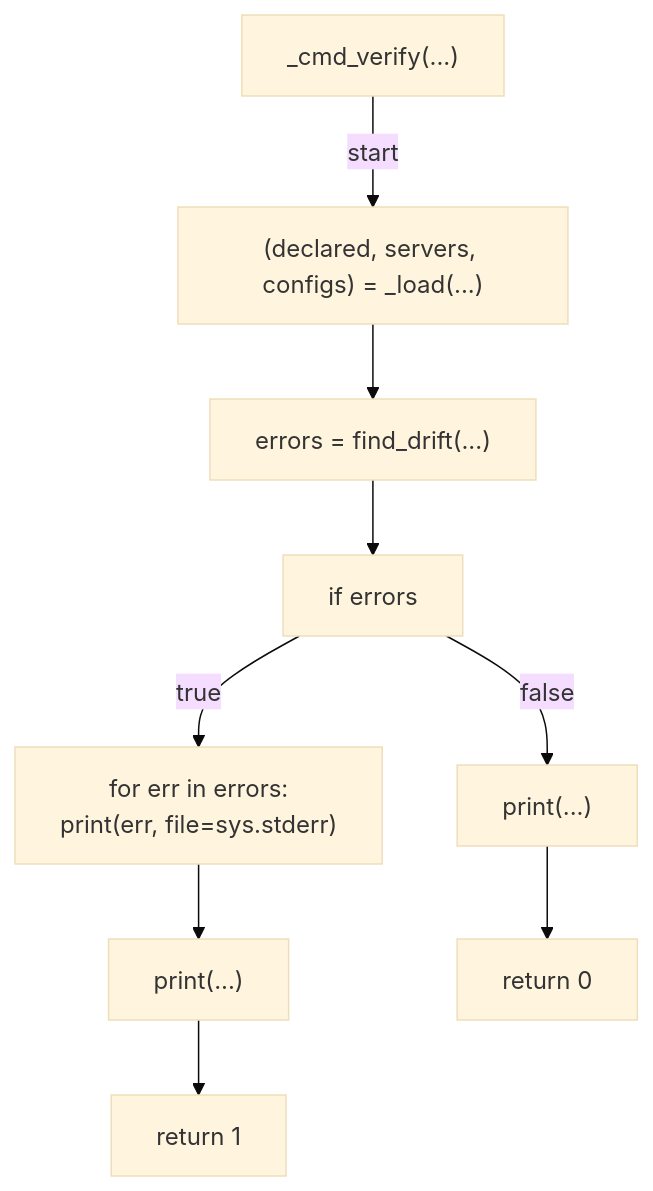
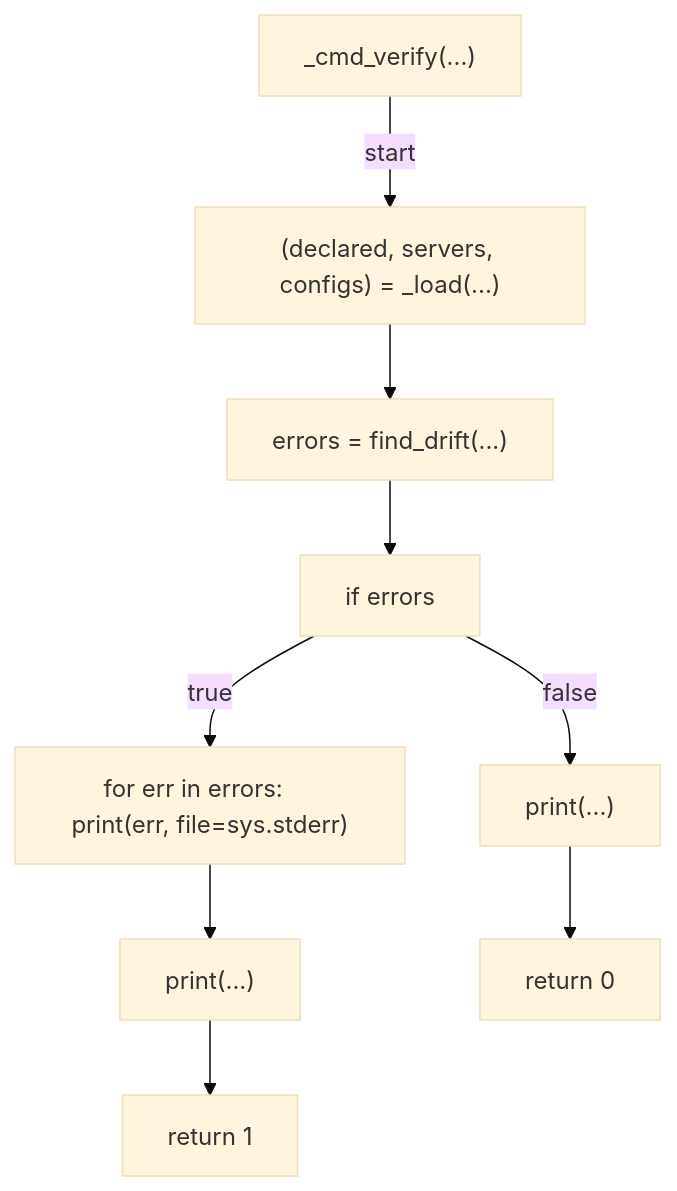
The sixth of 8 diagrams in docs/generated/scripts/ast/scan_apm_lock_drift.md (tvna/claude-md), drawn with Mermaid (base theme) before and after one commit. The commit also changed other lines of this file and 29 other files, not shown here.

First line of the commit message:
docs(generated): regenerate decision tree and workflow diagrams (batch 3/5)

````diff
--- a/docs/generated/scripts/ast/scan_apm_lock_drift.md
+++ b/docs/generated/scripts/ast/scan_apm_lock_drift.md
@@ -104,21 +86,20 @@
 ```mermaid
 flowchart TD
     N001["_cmd_verify(...)"]
     N002["(declared, servers, configs) = _load(...)"]
     N003["errors = find_drift(...)"]
     N004["if errors"]
-    N005["for err in errors:
-    print(err, file=sys.stderr)"]
+    N005["for err in errors:     print(err, file=sys.stderr)"]
     N006["print(...)"]
     N007["return 1"]
     N008["print(...)"]
     N009["return 0"]
     N001 -->|"start"| N002
     N002 --> N003
     N003 --> N004
     N004 -->|"true"| N005
     N005 --> N006
     N006 --> N007
     N004 -->|"false"| N008
     N008 --> N009
 ```
````
